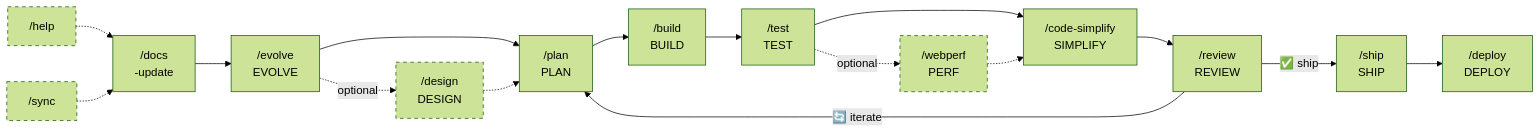
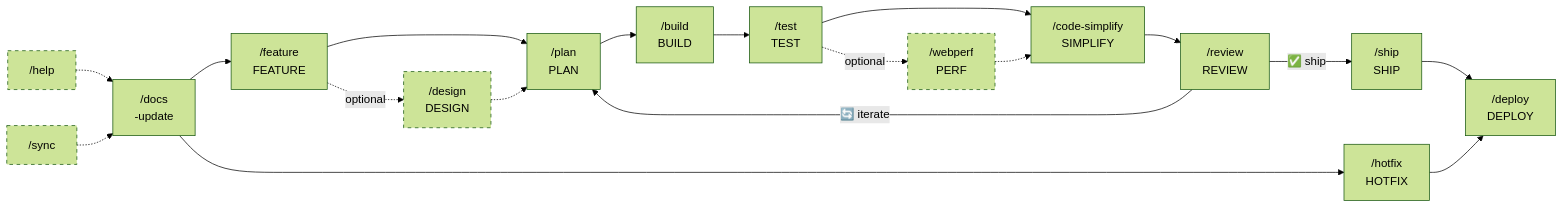
The second of 4 diagrams in README.md (Fisherk2/codice-opencode), drawn with Mermaid (forest theme) before and after one commit. The commit also changed other lines of this file and 587 other files, not shown here.

````diff
--- a/README.md
+++ b/README.md
@@ -273,23 +300,25 @@
 ```mermaid
 flowchart LR
-    DU["/docs<br/>-update"] --> EV["/evolve<br/>EVOLVE"]
-    EV --> P["/plan<br/>PLAN"]
-    EV -.->|optional| D["/design<br/>DESIGN"]
+    DU["/docs<br/>-update"] --> FE["/feature<br/>FEATURE"]
+    FE --> P["/plan<br/>PLAN"]
+    FE -.->|optional| D["/design<br/>DESIGN"]
     D -.-> P
     P --> B["/build<br/>BUILD"]
     B --> T["/test<br/>TEST"]
     T --> CS["/code-simplify<br/>SIMPLIFY"]
     T -.->|optional| W["/webperf<br/>PERF"]
     W -.-> CS
     CS --> R["/review<br/>REVIEW"]
     R -->|"🔄 iterate"| P
     R -->|"✅ ship"| SH["/ship<br/>SHIP"]
     SH --> DP["/deploy<br/>DEPLOY"]
+    DU --> HF["/hotfix<br/>HOTFIX"]
+    HF --> DP
     HELP["/help"] -.-> DU
     SYNC["/sync"] -.-> DU
 
     style D stroke-dasharray: 5 5
     style W stroke-dasharray: 5 5
     style HELP stroke-dasharray: 5 5
     style SYNC stroke-dasharray: 5 5
 ```
````
